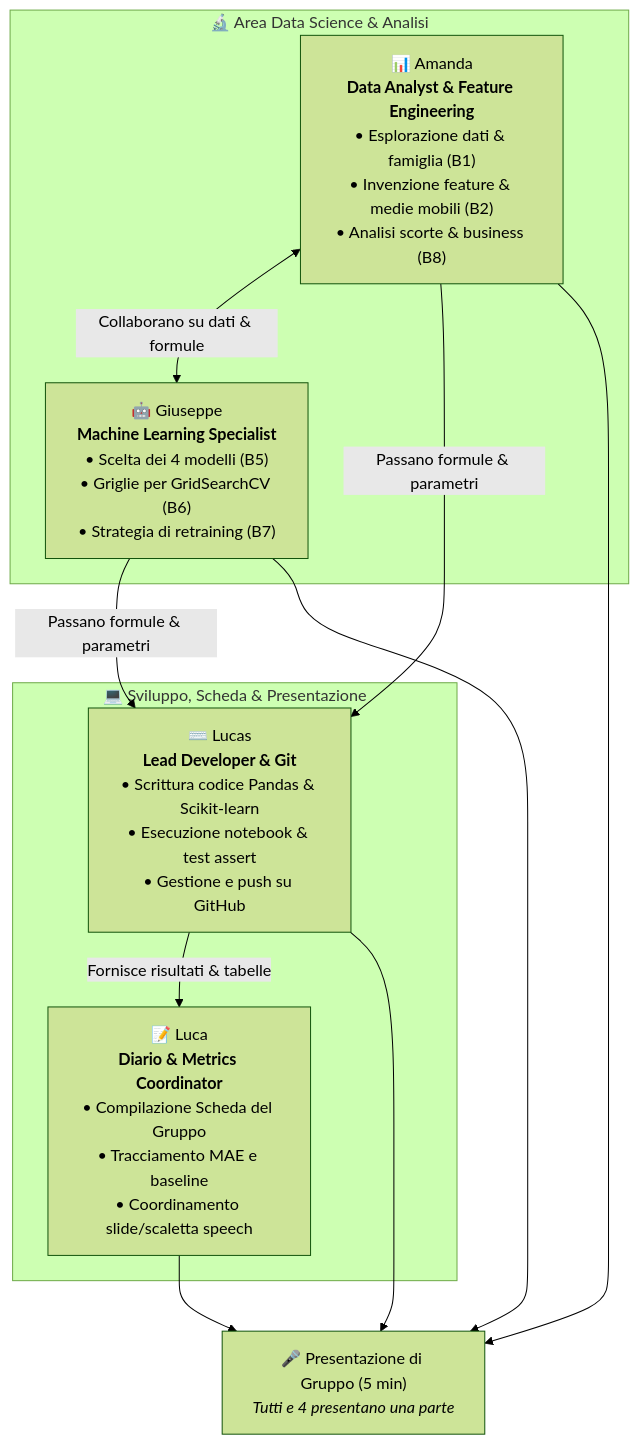
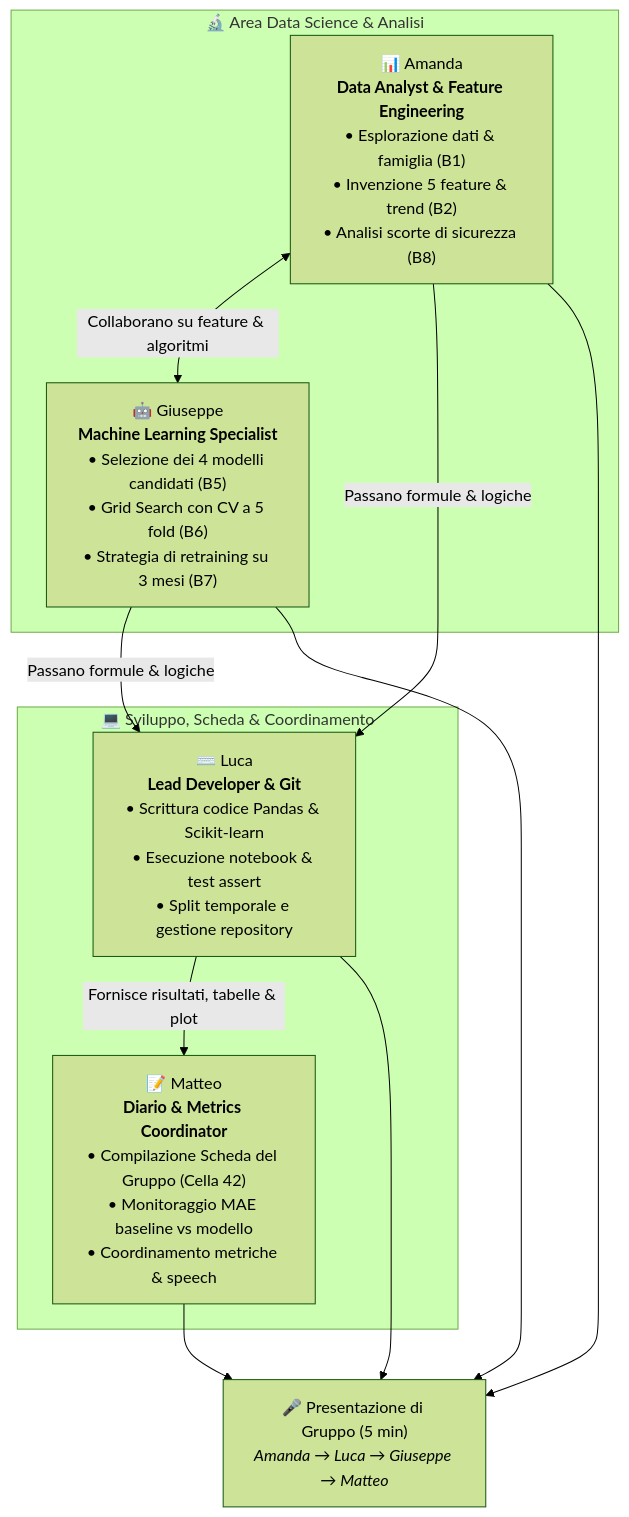
The diagram in PIANO_DI_LAVORO.md (lucasandersoncorreia-dotcom/progetto-machine-learning), drawn with Mermaid (forest theme) before and after one commit. The commit also changed other lines of this file and 3 other files, not shown here.

Commit message:
Completamento blocchi 1-8, aggiornamento scheda del gruppo e piano di lavoro, aggiunta presentazione a 4 (Luca, Giuseppe, Matteo, Amanda)

````diff
--- a/PIANO_DI_LAVORO.md
+++ b/PIANO_DI_LAVORO.md
@@ -11,17 +13,17 @@
 ```mermaid
 flowchart TD
     subgraph Dati & Modelli ["🔬 Area Data Science & Analisi"]
-        A["📊 Amanda<br/><b>Data Analyst & Feature Engineering</b><br/>• Esplorazione dati & famiglia (B1)<br/>• Invenzione feature & medie mobili (B2)<br/>• Analisi scorte & business (B8)"]
-        G["🤖 Giuseppe<br/><b>Machine Learning Specialist</b><br/>• Scelta dei 4 modelli (B5)<br/>• Griglie per GridSearchCV (B6)<br/>• Strategia di retraining (B7)"]
+        A["📊 Amanda<br/><b>Data Analyst & Feature Engineering</b><br/>• Esplorazione dati & famiglia (B1)<br/>• Invenzione 5 feature & trend (B2)<br/>• Analisi scorte di sicurezza (B8)"]
+        G["🤖 Giuseppe<br/><b>Machine Learning Specialist</b><br/>• Selezione dei 4 modelli candidati (B5)<br/>• Grid Search con CV a 5 fold (B6)<br/>• Strategia di retraining su 3 mesi (B7)"]
     end
 
-    subgraph Sviluppo & Documentazione ["💻 Sviluppo, Scheda & Presentazione"]
-        L["⌨️ Lucas<br/><b>Lead Developer & Git</b><br/>• Scrittura codice Pandas & Scikit-learn<br/>• Esecuzione notebook & test assert<br/>• Gestione e push su GitHub"]
-        K["📝 Luca<br/><b>Diario & Metrics Coordinator</b><br/>• Compilazione Scheda del Gruppo<br/>• Tracciamento MAE e baseline<br/>• Coordinamento slide/scaletta speech"]
+    subgraph Sviluppo & Documentazione ["💻 Sviluppo, Scheda & Coordinamento"]
+        L["⌨️ Luca<br/><b>Lead Developer & Git</b><br/>• Scrittura codice Pandas & Scikit-learn<br/>• Esecuzione notebook & test assert<br/>• Split temporale e gestione repository"]
+        M["📝 Matteo<br/><b>Diario & Metrics Coordinator</b><br/>• Compilazione Scheda del Gruppo (Cella 42)<br/>• Monitoraggio MAE baseline vs modello<br/>• Coordinamento metriche & speech"]
     end
 
-    A <-->|Collaborano su dati & formule| G
-    A & G -->|Passano formule & parametri| L
-    L -->|Fornisce risultati & tabelle| K
-    L & A & G & K --> Pres["🎤 Presentazione di Gruppo (5 min)<br/><i>Tutti e 4 presentano una parte</i>"]
+    A <-->|Collaborano su feature & algoritmi| G
+    A & G -->|Passano formule & logiche| L
+    L -->|Fornisce risultati, tabelle & plot| M
+    L & A & G & M --> Pres["🎤 Presentazione di Gruppo (5 min)<br/><i>Amanda → Luca → Giuseppe → Matteo</i>"]
 ```
````
